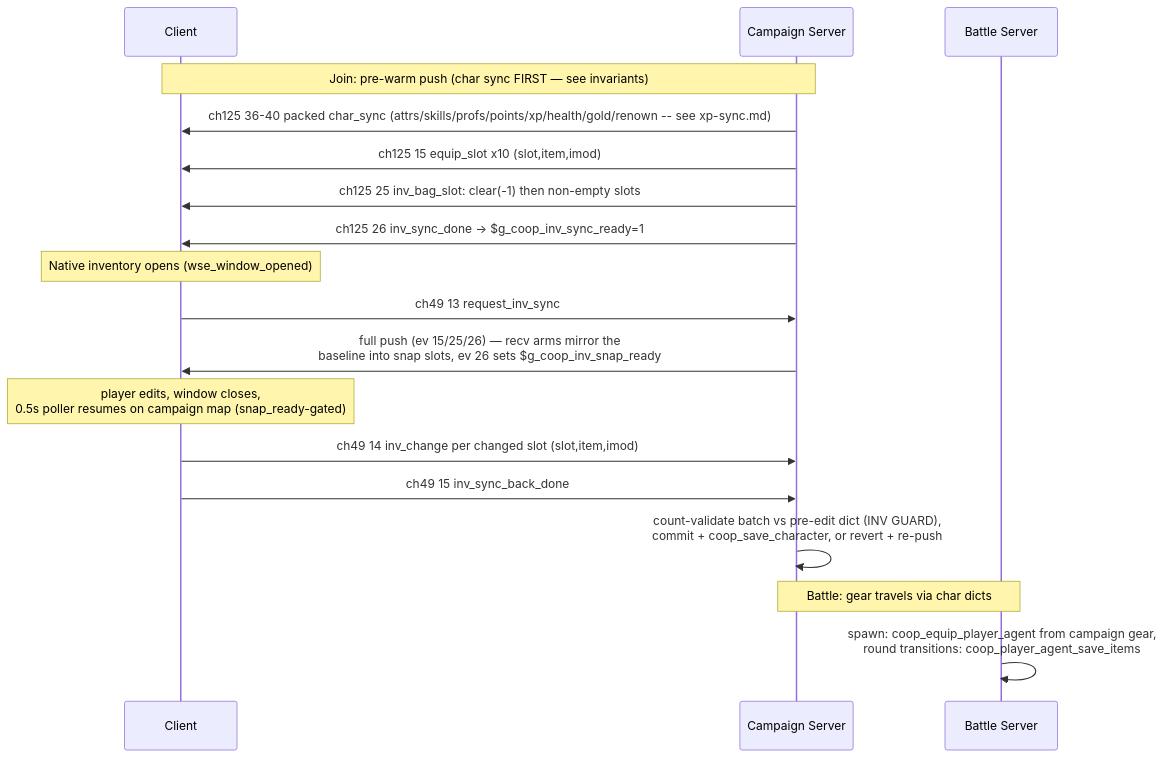
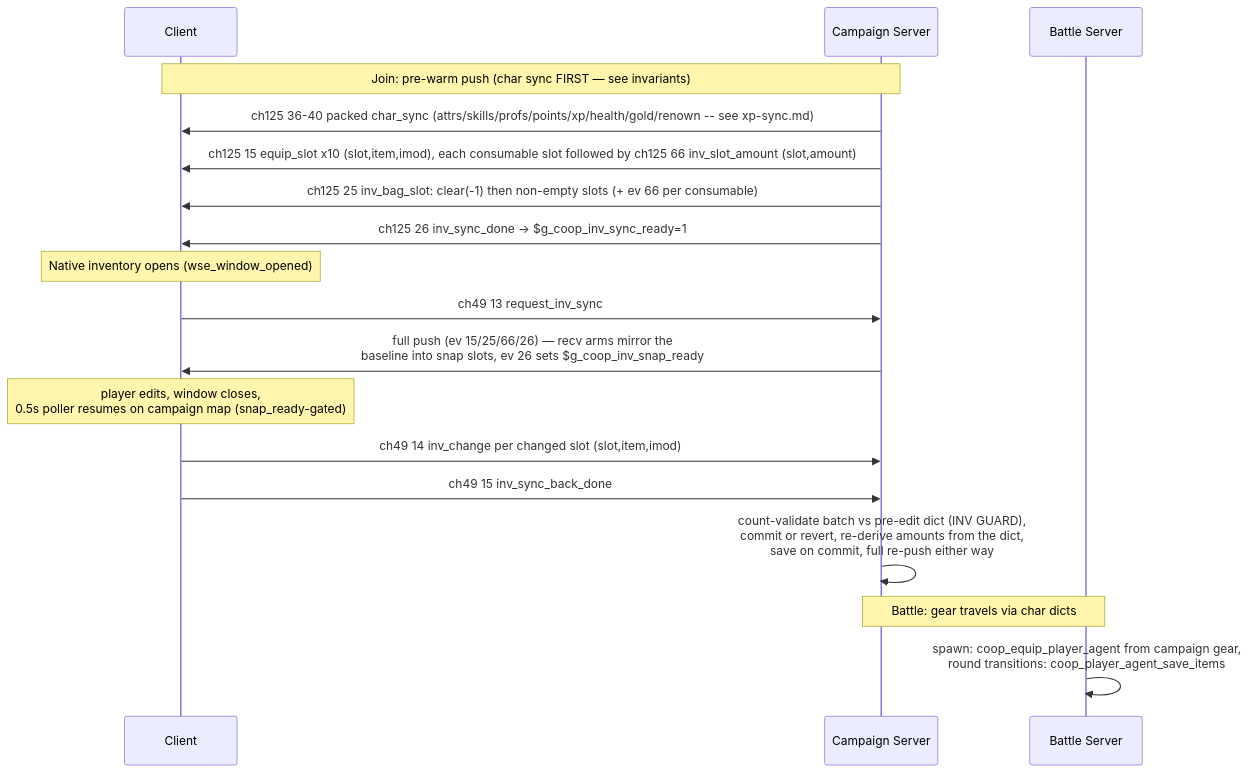
One commit to Night1099/WarbandTogether changed the diagram in docs/flows/inventory-sync.md. Above: the diagram before and after it, drawn with Mermaid. The commit also changed other lines of this file and 85 other files, not shown here.

````diff
--- a/docs/flows/inventory-sync.md
+++ b/docs/flows/inventory-sync.md
@@ -42,23 +42,23 @@
 ```mermaid
 sequenceDiagram
     participant C as Client
     participant CS as Campaign Server
     participant BS as Battle Server
 
     note over CS,C: Join: pre-warm push (char sync FIRST — see invariants)
     CS->>C: ch125 36-40 packed char_sync (attrs/skills/profs/points/xp/health/gold/renown -- see xp-sync.md)
-    CS->>C: ch125 15 equip_slot x10 (slot,item,imod)
-    CS->>C: ch125 25 inv_bag_slot: clear(-1) then non-empty slots
+    CS->>C: ch125 15 equip_slot x10 (slot,item,imod), each consumable slot followed by ch125 66 inv_slot_amount (slot,amount)
+    CS->>C: ch125 25 inv_bag_slot: clear(-1) then non-empty slots (+ ev 66 per consumable)
     CS->>C: ch125 26 inv_sync_done → $g_coop_inv_sync_ready=1
 
     note over C: Native inventory opens (wse_window_opened)
     C->>CS: ch49 13 request_inv_sync
-    CS->>C: full push (ev 15/25/26) — recv arms mirror the<br/>baseline into snap slots, ev 26 sets $g_coop_inv_snap_ready
+    CS->>C: full push (ev 15/25/66/26) — recv arms mirror the<br/>baseline into snap slots, ev 26 sets $g_coop_inv_snap_ready
     note over C: player edits, window closes,<br/>0.5s poller resumes on campaign map (snap_ready-gated)
     C->>CS: ch49 14 inv_change per changed slot (slot,item,imod)
     C->>CS: ch49 15 inv_sync_back_done
-    CS->>CS: count-validate batch vs pre-edit dict (INV GUARD),<br/>commit + coop_save_character, or revert + re-push
+    CS->>CS: count-validate batch vs pre-edit dict (INV GUARD),<br/>commit or revert, re-derive amounts from the dict,<br/>save on commit, full re-push either way
 
     note over CS,BS: Battle: gear travels via char dicts
     BS->>BS: spawn: coop_equip_player_agent from campaign gear,<br/>round transitions: coop_player_agent_save_items
 ```
````
